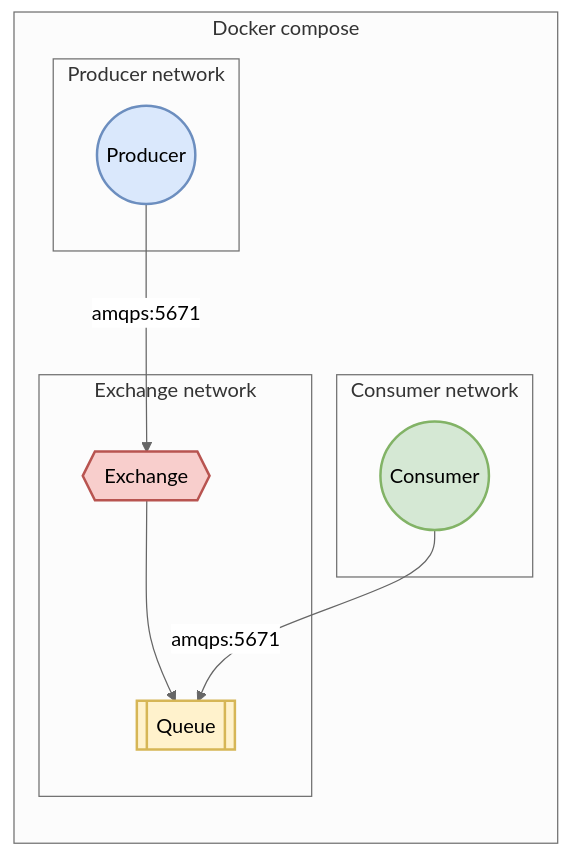
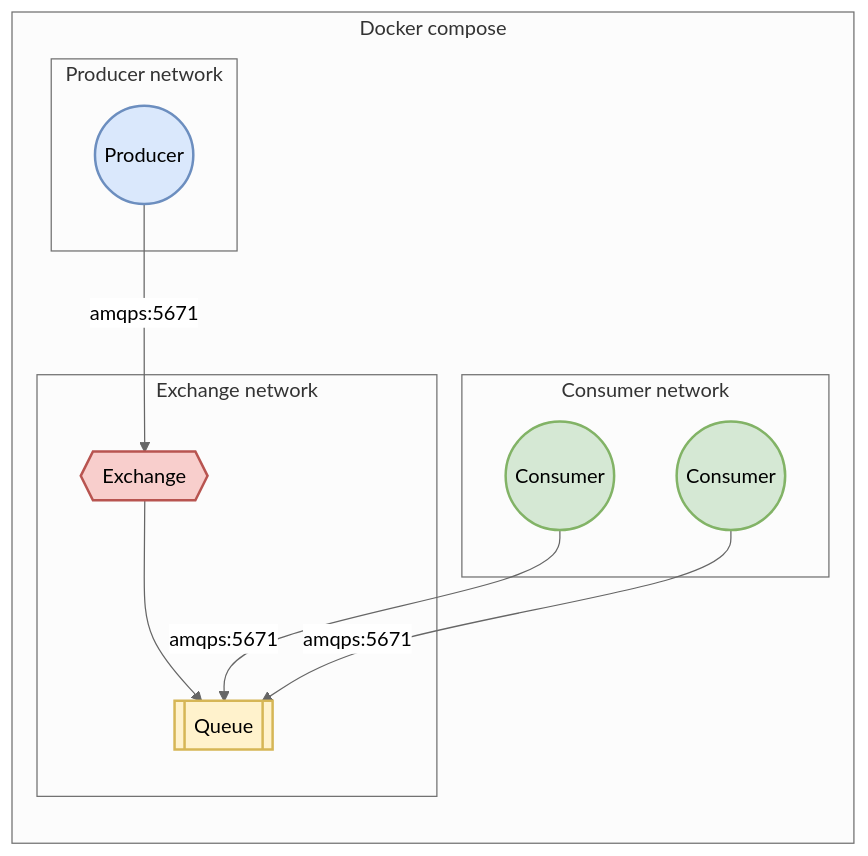
The diagram in README.md (matthew-shaw/rabbit-stew), drawn with Mermaid (neutral theme) before and after one commit. The commit also changed 5 other files, not shown here.

````diff
--- a/README.md
+++ b/README.md
@@ -11,26 +11,27 @@
 ```mermaid
 flowchart LR
     subgraph Docker compose
         subgraph Producer network
             P((Producer)):::P
         end
 
         subgraph Exchange network
             X{{Exchange}}:::E
             Q[[Queue]]:::Q
         end
         
         subgraph Consumer network
-            C((Consumer)):::C
+            C1((Consumer)):::C
+            C2((Consumer)):::C
         end
     end
 
     P -- amqps:5671 --> X
     X --> Q
-    C -- amqps:5671 --> Q
+    C1 & C2 -- amqps:5671 --> Q
 
     classDef P fill:#DAE8FC,stroke:#6C8EBF,stroke-width:2px
     classDef E fill:#F8CECC,stroke:#B85450,stroke-width:2px
     classDef Q fill:#FFF2CC,stroke:#D6B656,stroke-width:2px
     classDef C fill:#D5E8D4,stroke:#82B366,stroke-width:2px
 ```
````
